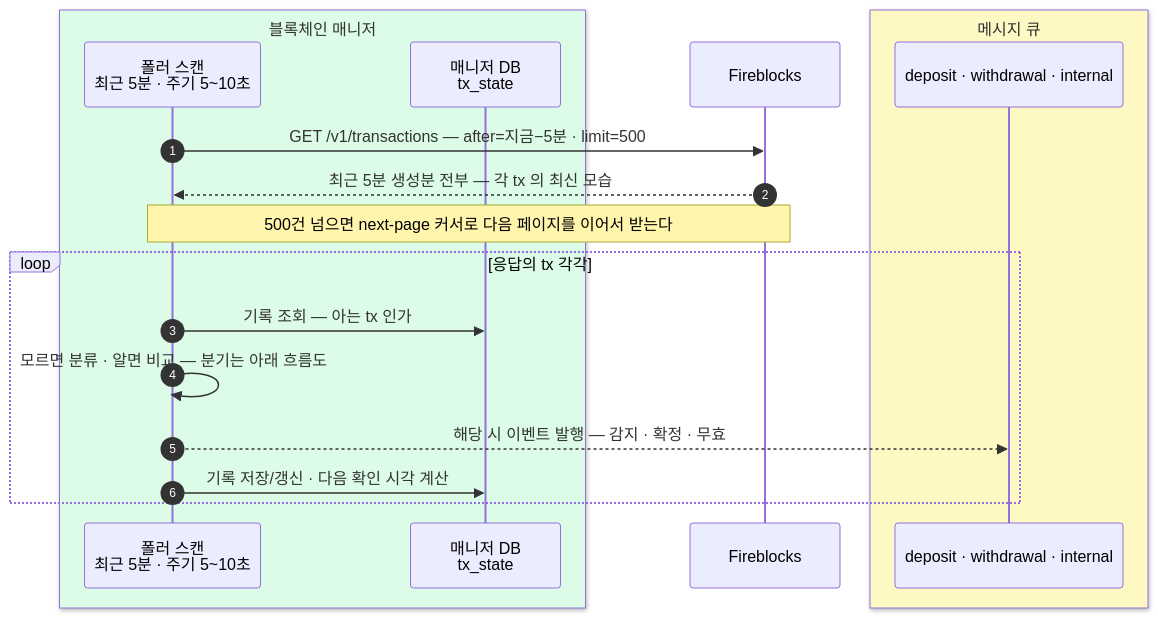
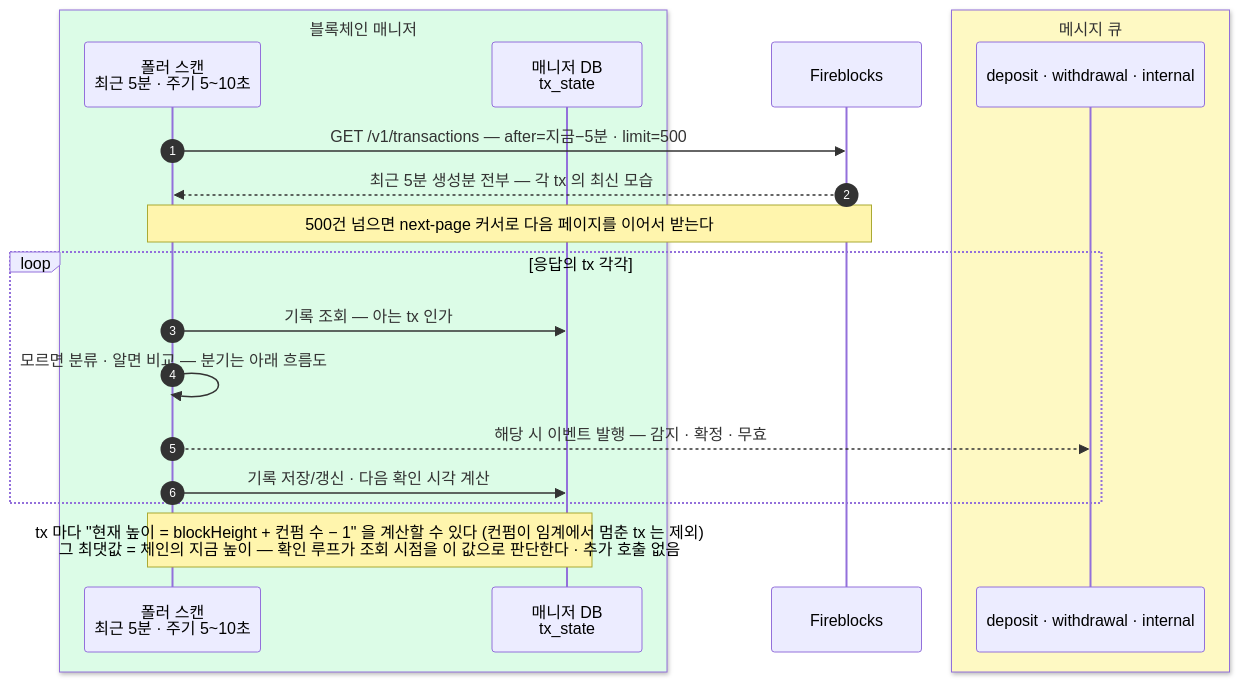
The first of 3 diagrams in blockchain-manager/docs/온보딩/설계/99-polling-detection.md (eunsujeo/eunpus), drawn with Mermaid before and after one commit. The commit also changed other lines of this file and 4 other files, not shown here.

````diff
--- a/blockchain-manager/docs/온보딩/설계/99-polling-detection.md
+++ b/blockchain-manager/docs/온보딩/설계/99-polling-detection.md
@@ -65,23 +66,24 @@
 ```mermaid
 sequenceDiagram
     autonumber
     box rgb(220,252,231) 블록체인 매니저
     participant SC as 폴러 스캔<br/>최근 5분 · 주기 5~10초
     participant MDB as 매니저 DB<br/>tx_state
     end
     participant FB as Fireblocks
     box rgb(254,249,195) 메시지 큐
     participant MQ as deposit · withdrawal · internal
     end
 
     SC->>FB: GET /v1/transactions — after=지금−5분 · limit=500
     FB-->>SC: 최근 5분 생성분 전부 — 각 tx 의 최신 모습
     Note over SC,FB: 500건 넘으면 next-page 커서로 다음 페이지를 이어서 받는다
 
     loop 응답의 tx 각각
         SC->>MDB: 기록 조회 — 아는 tx 인가
         SC->>SC: 모르면 분류 · 알면 비교 — 분기는 아래 흐름도
         SC-->>MQ: 해당 시 이벤트 발행 — 감지 · 확정 · 무효
         SC->>MDB: 기록 저장/갱신 · 다음 확인 시각 계산
     end
+    Note over SC,MDB: tx 마다 "현재 높이 = blockHeight + 컨펌 수 − 1" 을 계산할 수 있다 (컨펌이 임계에서 멈춘 tx 는 제외)<br/>그 최댓값 = 체인의 지금 높이 — 확인 루프가 조회 시점을 이 값으로 판단한다 · 추가 호출 없음
 ```
````
